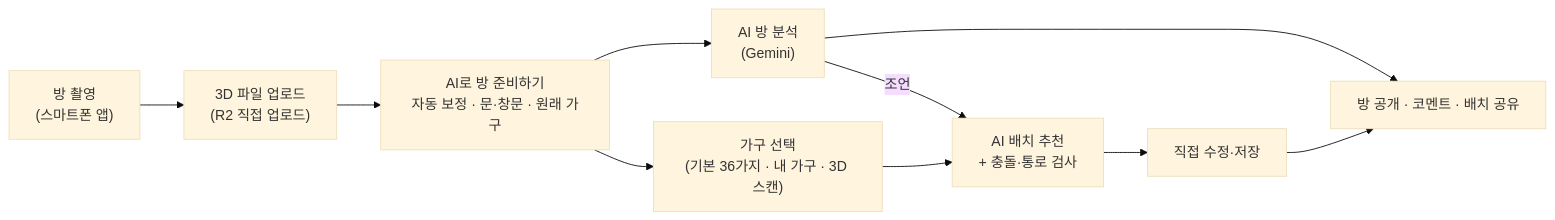
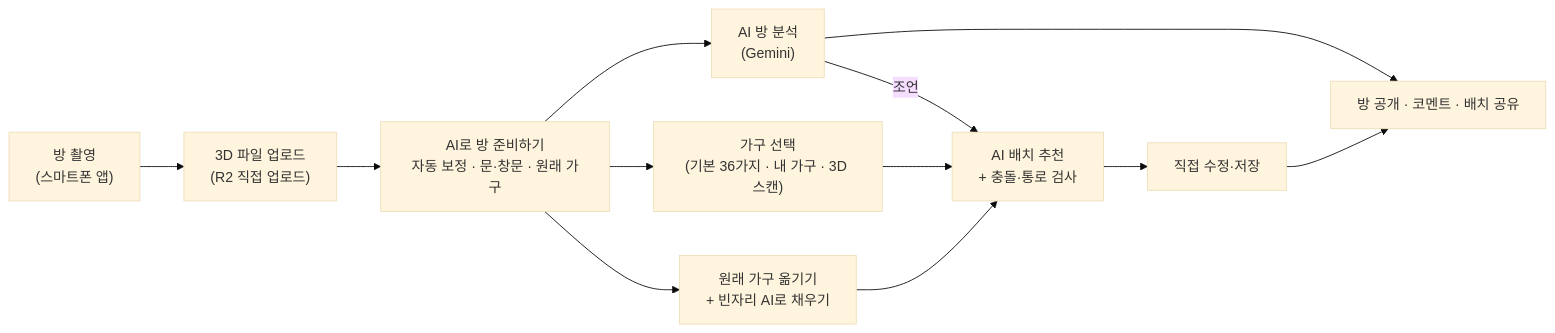
One commit to dohun1214/roomlens changed the second of 3 diagrams in README.md. Above: the diagram before and after it, drawn with Mermaid (base theme). The commit also changed other lines of this file and 3 other files, not shown here.

````diff
--- a/README.md
+++ b/README.md
@@ -131,12 +172,14 @@
 ```mermaid
 flowchart LR
   A["방 촬영<br>(스마트폰 앱)"] --> B["3D 파일 업로드<br>(R2 직접 업로드)"]
   B --> C["AI로 방 준비하기<br>자동 보정 · 문·창문 · 원래 가구"]
   C --> D["AI 방 분석<br>(Gemini)"]
   C --> E["가구 선택<br>(기본 36가지 · 내 가구 · 3D 스캔)"]
   D -->|조언| F
   E --> F["AI 배치 추천<br>+ 충돌·통로 검사"]
+  C --> M["원래 가구 옮기기<br>+ 빈자리 AI로 채우기"]
+  M --> F
   F --> G["직접 수정·저장"]
   D --> H["방 공개 · 코멘트 · 배치 공유"]
   G --> H
 ```
````
